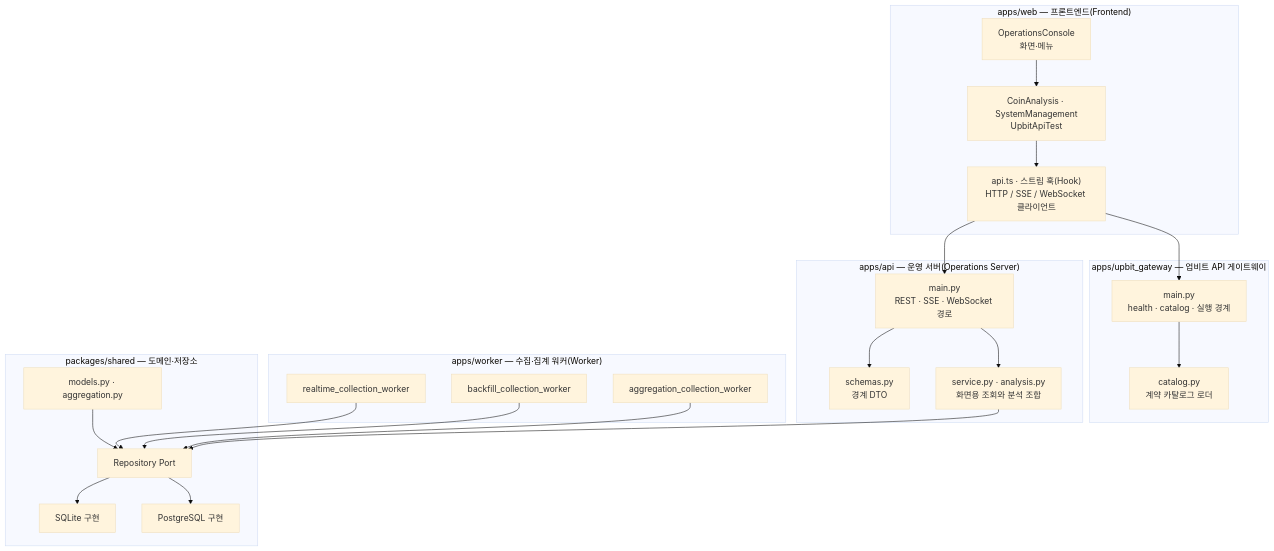
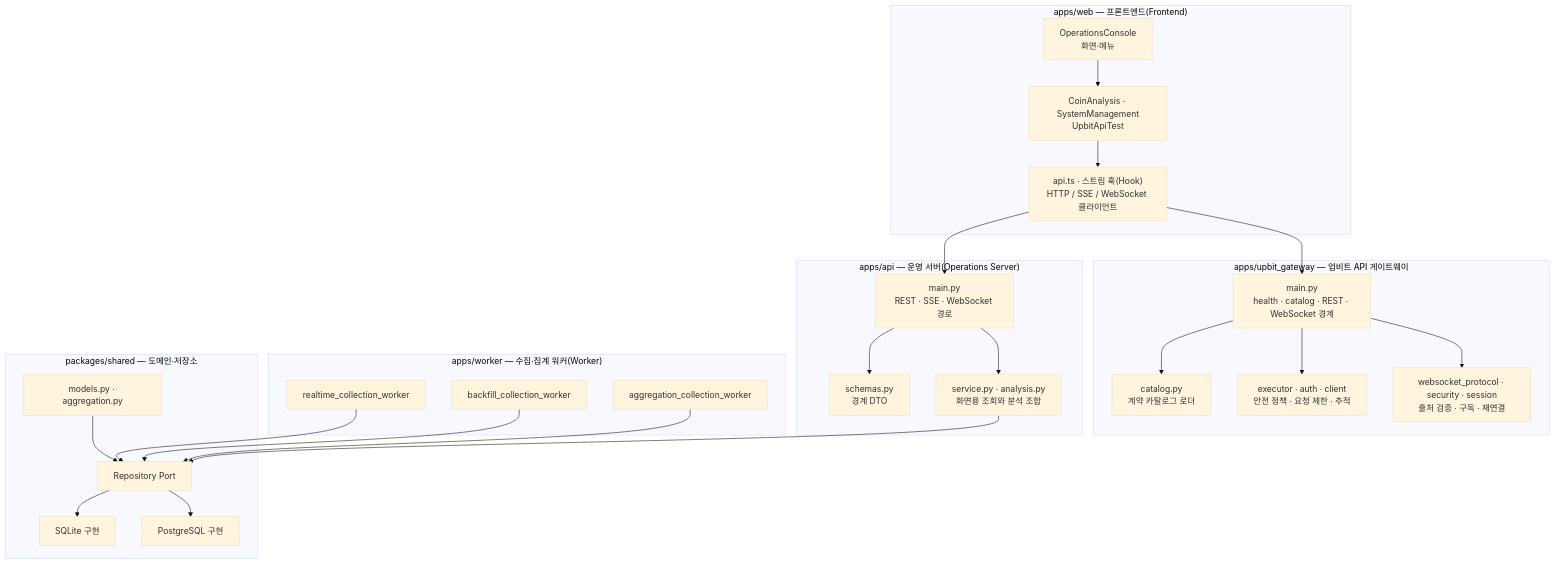
One commit to goodjoon-company/goodmoneying changed the second of 4 diagrams in docs/02_Architecture.md. Above: the diagram before and after it, drawn with Mermaid (base theme). The commit also changed other lines of this file and 6 other files, not shown here.

````diff
--- a/docs/02_Architecture.md
+++ b/docs/02_Architecture.md
@@ -59,47 +59,51 @@
 ```mermaid
 flowchart TB
     subgraph frontend["apps/web — 프론트엔드(Frontend)"]
         console["OperationsConsole<br/>화면·메뉴"]
         client["api.ts · 스트림 훅(Hook)<br/>HTTP / SSE / WebSocket 클라이언트"]
         analysisUi["CoinAnalysis · SystemManagement<br/>UpbitApiTest"]
         console --> analysisUi
         analysisUi --> client
     end
 
     subgraph apiApp["apps/api — 운영 서버(Operations Server)"]
         routes["main.py<br/>REST · SSE · WebSocket 경로"]
         service["service.py · analysis.py<br/>화면용 조회와 분석 조합"]
         schemas["schemas.py<br/>경계 DTO"]
         routes --> schemas
         routes --> service
     end
 
     subgraph upbitGateway["apps/upbit_gateway — 업비트 API 게이트웨이"]
-        gatewayRoutes["main.py<br/>health · catalog · 실행 경계"]
+        gatewayRoutes["main.py<br/>health · catalog · REST · WebSocket 경계"]
         gatewayCatalog["catalog.py<br/>계약 카탈로그 로더"]
+        gatewayRest["executor · auth · client<br/>안전 정책 · 요청 제한 · 추적"]
+        gatewayWs["websocket_protocol · security · session<br/>출처 검증 · 구독 · 재연결"]
         gatewayRoutes --> gatewayCatalog
+        gatewayRoutes --> gatewayRest
+        gatewayRoutes --> gatewayWs
     end
 
     subgraph workers["apps/worker — 수집·집계 워커(Worker)"]
         rt["realtime_collection_worker"]
         bf["backfill_collection_worker"]
         ag["aggregation_collection_worker"]
     end
 
     subgraph shared["packages/shared — 도메인·저장소"]
         model["models.py · aggregation.py"]
         repo["Repository Port"]
         sqlite["SQLite 구현"]
         postgres["PostgreSQL 구현"]
         model --> repo
         repo --> sqlite
         repo --> postgres
     end
 
     client --> routes
     client --> gatewayRoutes
     service --> repo
     rt --> repo
     bf --> repo
     ag --> repo
 ```
````
